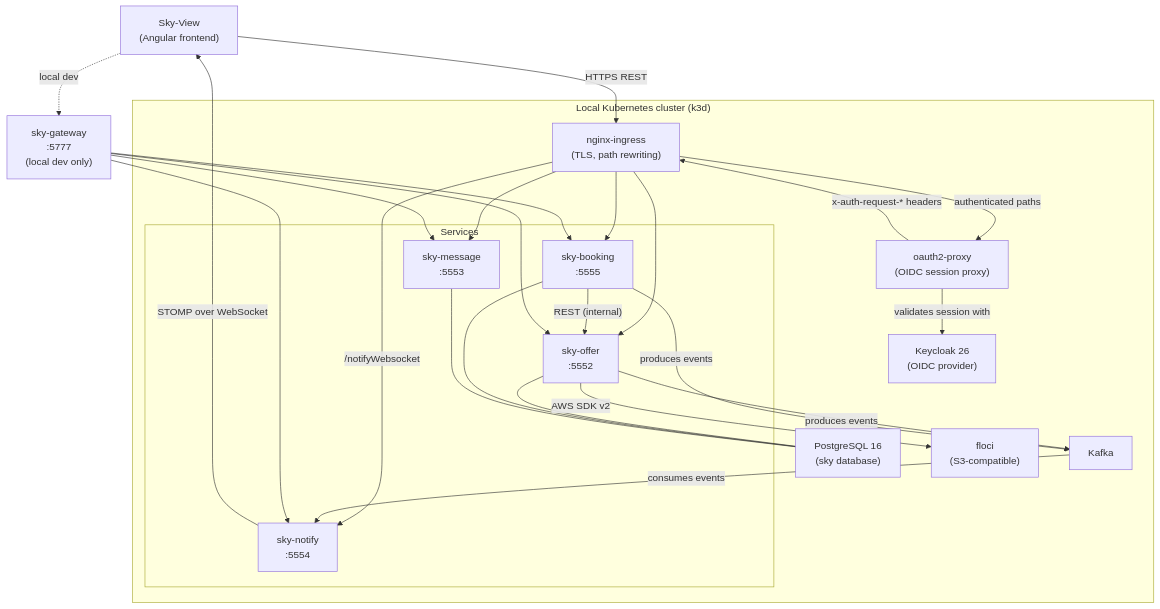
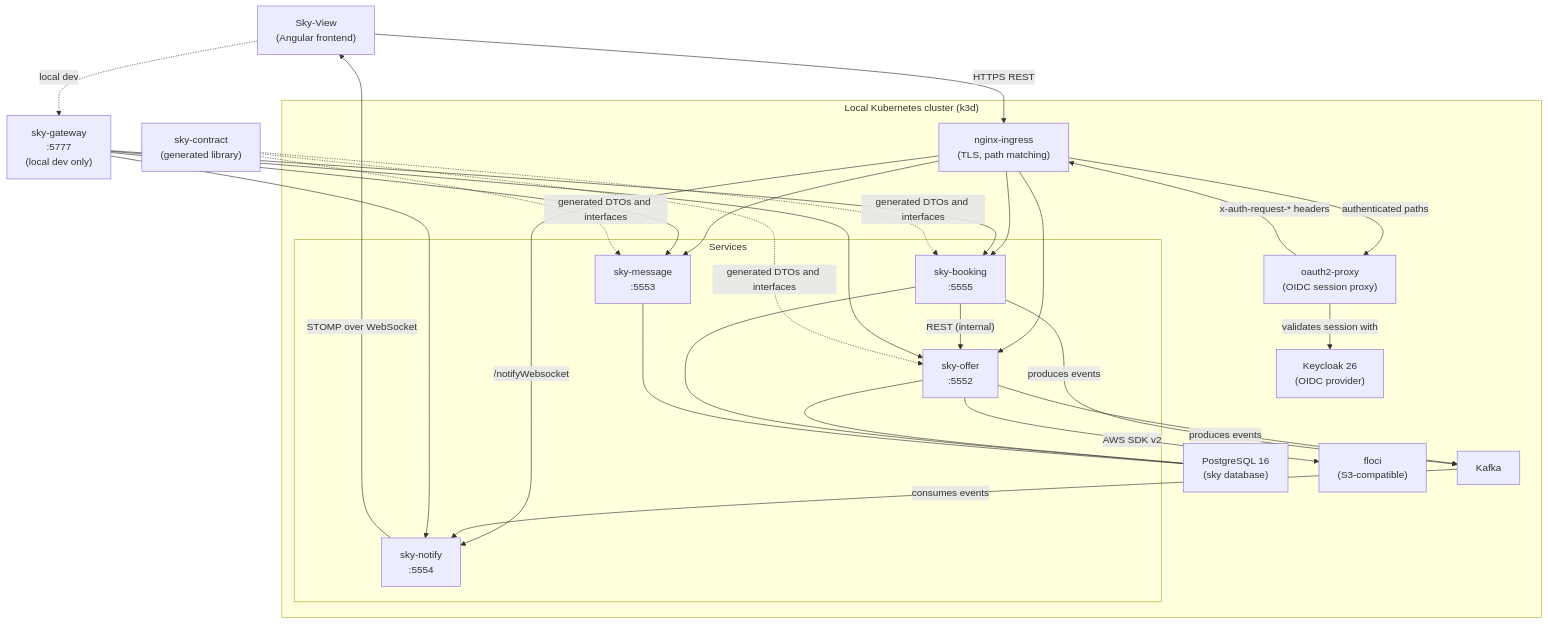
One commit to Lukk17/sky changed the first of 2 diagrams in README.md. Above: the diagram before and after it, drawn with Mermaid. The commit also changed other lines of this file and 13 other files, not shown here.

Commit message:
docs: document the contract-first architecture

````diff
--- a/README.md
+++ b/README.md
@@ -75,64 +75,71 @@
 ```mermaid
 graph TB
     accTitle: Sky system architecture
-    accDescr: Angular frontend, nginx-ingress, oauth2-proxy, four backend services, Kafka, PostgreSQL and the floci object store in a Kubernetes cluster, plus the local-development gateway
+    accDescr: Angular frontend, nginx-ingress, oauth2-proxy, four backend services, Kafka, PostgreSQL and the floci object store in a Kubernetes cluster, plus the local-development gateway and the generated contract library
 
     FE["Sky-View
     (Angular frontend)"]
 
     subgraph CLUSTER["Local Kubernetes cluster (k3d)"]
         KC["Keycloak 26
         (OIDC provider)"]
         GW["oauth2-proxy
         (OIDC session proxy)"]
         NGINX["nginx-ingress
-        (TLS, path rewriting)"]
+        (TLS, path matching)"]
 
         subgraph Services["Services"]
             OFFER["sky-offer
             :5552"]
             BOOKING["sky-booking
             :5555"]
             MESSAGE["sky-message
             :5553"]
             NOTIFY["sky-notify
             :5554"]
         end
 
         KAFKA["Kafka"]
         PG["PostgreSQL 16
         (sky database)"]
         S3STORE["floci
         (S3-compatible)"]
     end
 
     LOCAL["sky-gateway
     :5777
     (local dev only)"]
+
+    CONTRACT["sky-contract
+    (generated library)"]
 
     FE -- "HTTPS REST" --> NGINX
     NGINX -- "authenticated paths" --> GW
     GW -- "validates session with" --> KC
     GW -- "x-auth-request-* headers" --> NGINX
     NGINX --> OFFER
     NGINX --> BOOKING
     NGINX --> MESSAGE
     NGINX -- "/notifyWebsocket" --> NOTIFY
 
     OFFER -- "produces events" --> KAFKA
     BOOKING -- "produces events" --> KAFKA
     KAFKA -- "consumes events" --> NOTIFY
     NOTIFY -- "STOMP over WebSocket" --> FE
 
     OFFER --- PG
     BOOKING --- PG
     MESSAGE --- PG
     BOOKING -- "REST (internal)" --> OFFER
     OFFER -- "AWS SDK v2" --> S3STORE
 
     FE -. "local dev" .-> LOCAL
     LOCAL --> OFFER
     LOCAL --> BOOKING
     LOCAL --> MESSAGE
     LOCAL --> NOTIFY
+
+    CONTRACT -. "generated DTOs and interfaces" .-> OFFER
+    CONTRACT -. "generated DTOs and interfaces" .-> BOOKING
+    CONTRACT -. "generated DTOs and interfaces" .-> MESSAGE
 ```
````
